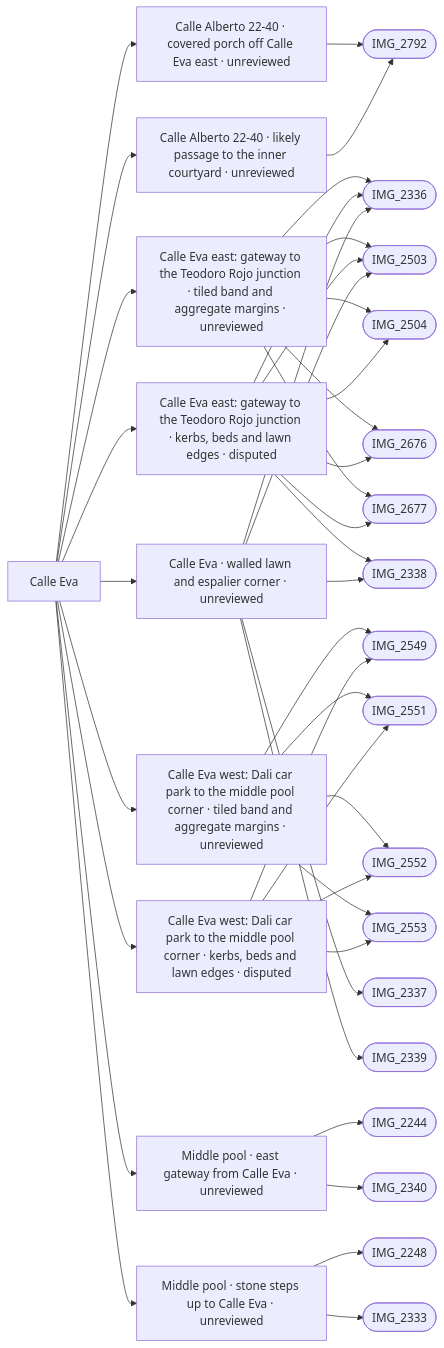
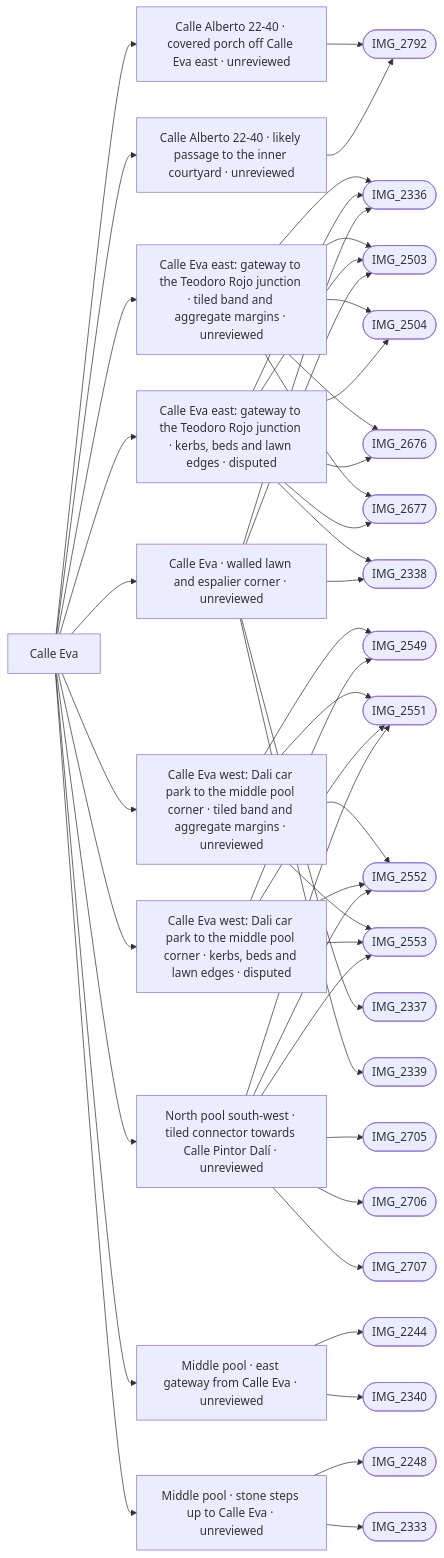
The diagram in refs/areas/eva.md (daveyboyc/villacana-venture), drawn with Mermaid before and after one commit. The commit also changed other lines of this file and 52 other files, not shown here.

````diff
--- a/refs/areas/eva.md
+++ b/refs/areas/eva.md
@@ -51,43 +51,50 @@
 ```mermaid
 graph LR
   A["Calle Eva"]
   A --> F0["Calle Alberto 22-40 · covered porch off Calle Eva east · unreviewed"]
   F0 --> PIMG_2792_jpg(["IMG_2792"])
   A --> F1["Calle Alberto 22-40 · likely passage to the inner courtyard · unreviewed"]
   F1 --> PIMG_2792_jpg(["IMG_2792"])
   A --> F2["Calle Eva east: gateway to the Teodoro Rojo junction · tiled band and aggregate margins · unreviewed"]
   F2 --> PIMG_2336_jpg(["IMG_2336"])
   F2 --> PIMG_2503_jpg(["IMG_2503"])
   F2 --> PIMG_2504_jpg(["IMG_2504"])
   F2 --> PIMG_2676_jpg(["IMG_2676"])
   F2 --> PIMG_2677_jpg(["IMG_2677"])
   A --> F3["Calle Eva east: gateway to the Teodoro Rojo junction · kerbs, beds and lawn edges · disputed"]
   F3 --> PIMG_2336_jpg(["IMG_2336"])
   F3 --> PIMG_2338_jpg(["IMG_2338"])
   F3 --> PIMG_2503_jpg(["IMG_2503"])
   F3 --> PIMG_2504_jpg(["IMG_2504"])
   F3 --> PIMG_2676_jpg(["IMG_2676"])
   F3 --> PIMG_2677_jpg(["IMG_2677"])
   A --> F4["Calle Eva west: Dali car park to the middle pool corner · tiled band and aggregate margins · unreviewed"]
   F4 --> PIMG_2549_jpg(["IMG_2549"])
   F4 --> PIMG_2551_jpg(["IMG_2551"])
   F4 --> PIMG_2552_jpg(["IMG_2552"])
   F4 --> PIMG_2553_jpg(["IMG_2553"])
   A --> F5["Calle Eva west: Dali car park to the middle pool corner · kerbs, beds and lawn edges · disputed"]
   F5 --> PIMG_2549_jpg(["IMG_2549"])
   F5 --> PIMG_2551_jpg(["IMG_2551"])
   F5 --> PIMG_2552_jpg(["IMG_2552"])
   F5 --> PIMG_2553_jpg(["IMG_2553"])
   A --> F6["Calle Eva · walled lawn and espalier corner · unreviewed"]
   F6 --> PIMG_2336_jpg(["IMG_2336"])
   F6 --> PIMG_2337_jpg(["IMG_2337"])
   F6 --> PIMG_2338_jpg(["IMG_2338"])
   F6 --> PIMG_2339_jpg(["IMG_2339"])
   F6 --> PIMG_2503_jpg(["IMG_2503"])
-  A --> F7["Middle pool · east gateway from Calle Eva · unreviewed"]
-  F7 --> PIMG_2244_jpg(["IMG_2244"])
-  F7 --> PIMG_2340_jpg(["IMG_2340"])
-  A --> F8["Middle pool · stone steps up to Calle Eva · unreviewed"]
-  F8 --> PIMG_2248_jpg(["IMG_2248"])
-  F8 --> PIMG_2333_jpg(["IMG_2333"])
+  A --> F7["North pool south-west · tiled connector towards Calle Pintor Dalí · unreviewed"]
+  F7 --> PIMG_2551_jpg(["IMG_2551"])
+  F7 --> PIMG_2552_jpg(["IMG_2552"])
+  F7 --> PIMG_2553_jpg(["IMG_2553"])
+  F7 --> PIMG_2705_jpg(["IMG_2705"])
+  F7 --> PIMG_2706_jpg(["IMG_2706"])
+  F7 --> PIMG_2707_jpg(["IMG_2707"])
+  A --> F8["Middle pool · east gateway from Calle Eva · unreviewed"]
+  F8 --> PIMG_2244_jpg(["IMG_2244"])
+  F8 --> PIMG_2340_jpg(["IMG_2340"])
+  A --> F9["Middle pool · stone steps up to Calle Eva · unreviewed"]
+  F9 --> PIMG_2248_jpg(["IMG_2248"])
+  F9 --> PIMG_2333_jpg(["IMG_2333"])
 ```
````
